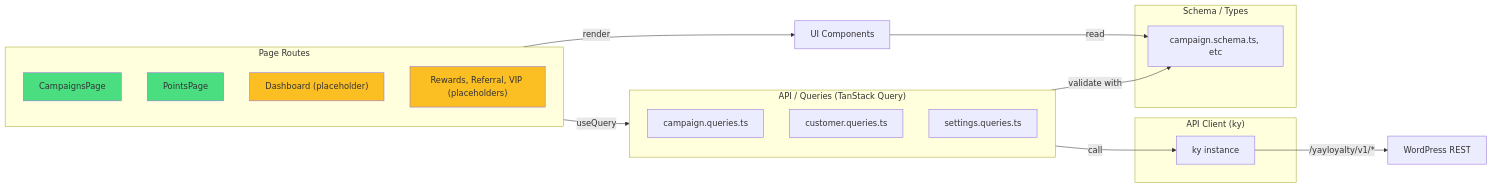
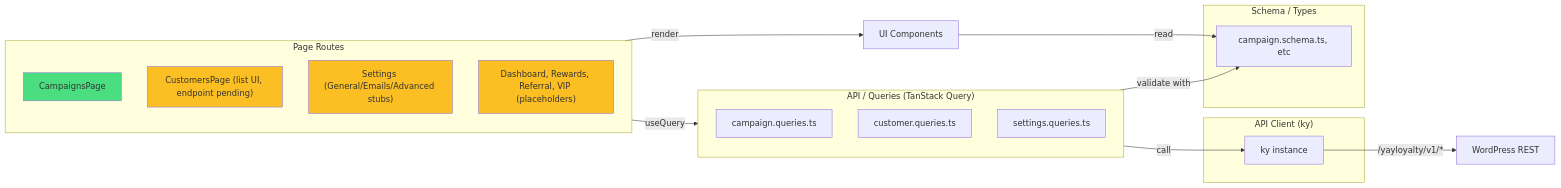
One commit to YayCommerce/YayLoyalty changed the second of 3 diagrams in docs/system-architecture.md. Above: the diagram before and after it, drawn with Mermaid. The commit also changed other lines of this file and 6 other files, not shown here.

First line of the commit message:
docs: sync docs with rewards schema, points engine, customers page and tests

````diff
--- a/docs/system-architecture.md
+++ b/docs/system-architecture.md
@@ -81,36 +88,36 @@
 ```mermaid
 flowchart LR
     subgraph Pages["Page Routes"]
         Camp["CampaignsPage"]
-        Points["PointsPage"]
-        Dash["Dashboard (placeholder)"]
-        Other["Rewards, Referral, VIP (placeholders)"]
+        Cust["CustomersPage (list UI, endpoint pending)"]
+        Set["Settings (General/Emails/Advanced stubs)"]
+        Other["Dashboard, Rewards, Referral, VIP (placeholders)"]
     end
 
     subgraph Queries["API / Queries (TanStack Query)"]
         CampQry["campaign.queries.ts"]
         CustQry["customer.queries.ts"]
         SetQry["settings.queries.ts"]
     end
 
     subgraph API["API Client (ky)"]
         KyClient["ky instance"]
     end
 
     subgraph Schema["Schema / Types"]
         ZodSchema["campaign.schema.ts, etc"]
     end
 
     Pages -->|useQuery| Queries
     Queries -->|call| KyClient
     KyClient -->|/yayloyalty/v1/*| WordPress["WordPress REST"]
     Queries -->|validate with| ZodSchema
 
     Pages -->|render| Components["UI Components"]
     Components -->|read| ZodSchema
 
     style Camp fill:#4ade80
-    style Points fill:#4ade80
-    style Dash fill:#fbbf24
+    style Cust fill:#fbbf24
+    style Set fill:#fbbf24
     style Other fill:#fbbf24
 ```
````
